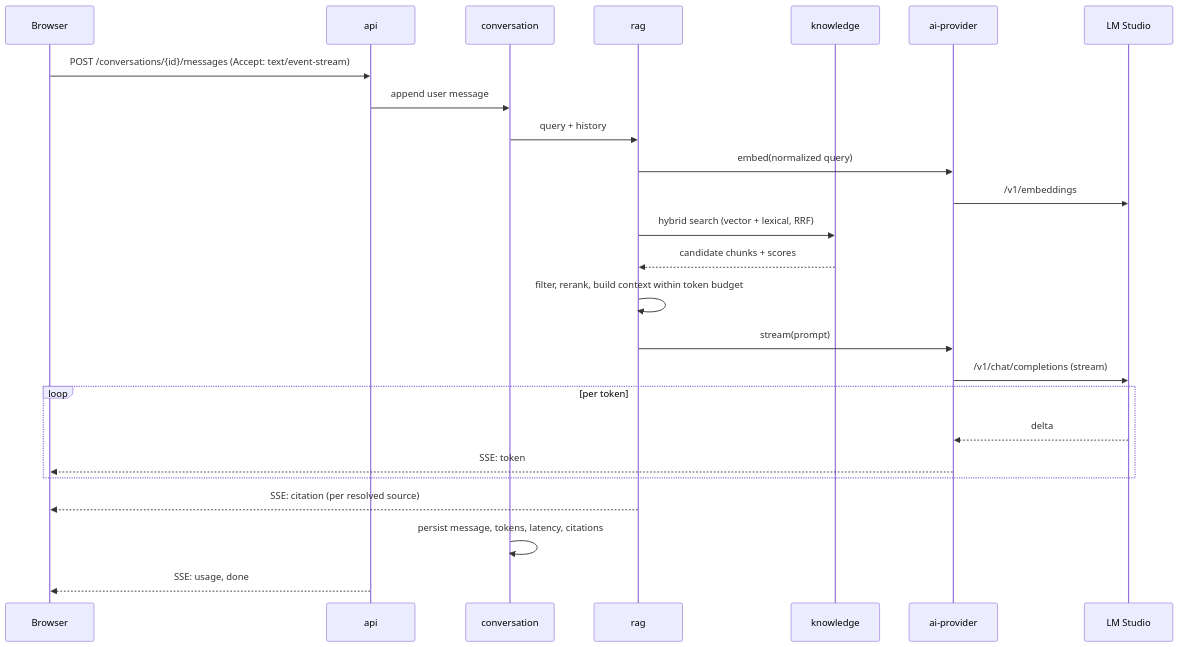
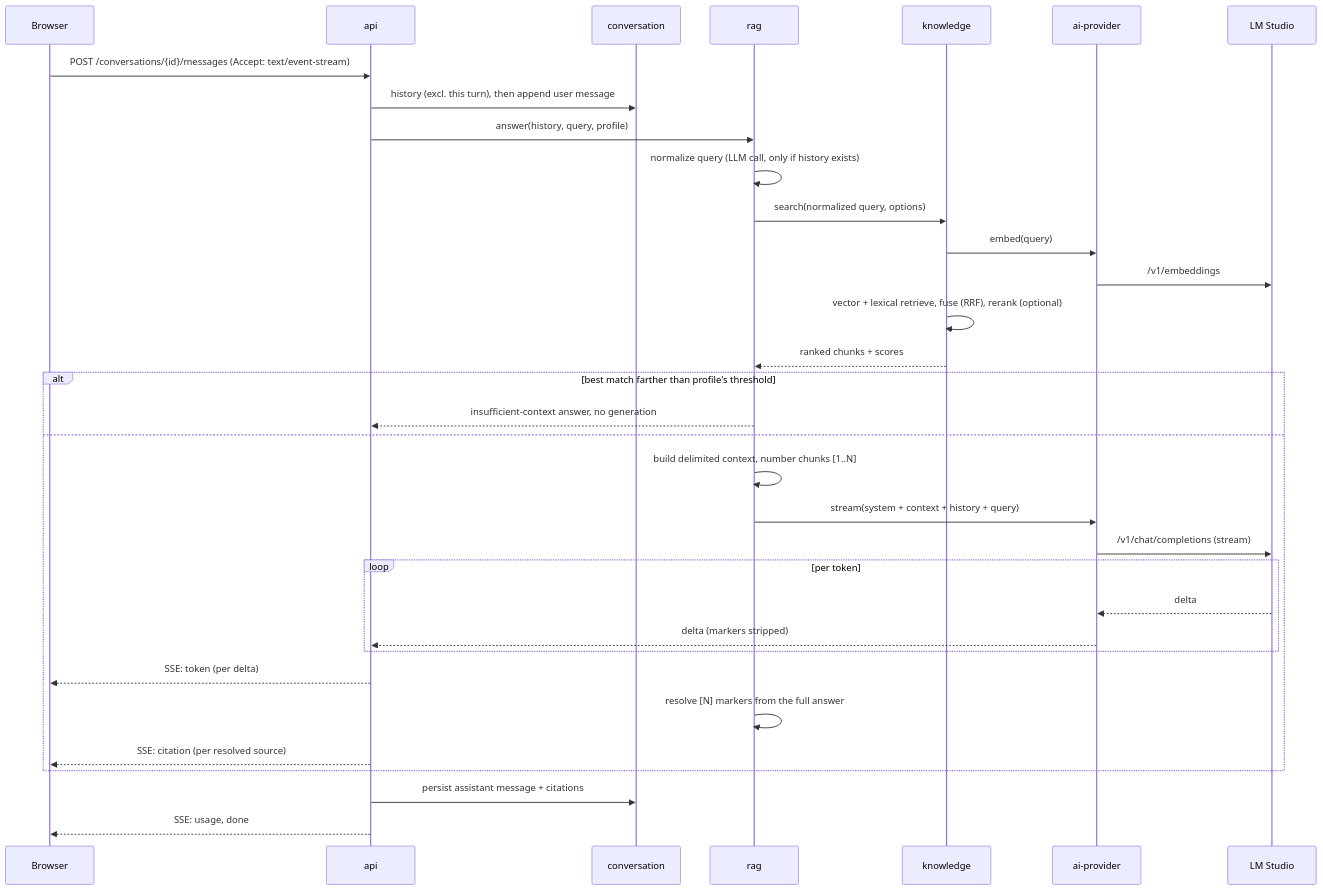
One commit to Fragudev/ai-engineering-lab changed the second of 3 diagrams in docs/architecture.md. Above: the diagram before and after it, drawn with Mermaid. The commit also changed other lines of this file and 53 other files, not shown here.

````diff
--- a/docs/architecture.md
+++ b/docs/architecture.md
@@ -392,28 +412,36 @@
 ```mermaid
 sequenceDiagram
     participant U as Browser
     participant A as api
     participant C as conversation
     participant R as rag
     participant K as knowledge
     participant P as ai-provider
     participant L as LM Studio
 
     U->>A: POST /conversations/{id}/messages (Accept: text/event-stream)
-    A->>C: append user message
-    C->>R: query + history
-    R->>P: embed(normalized query)
+    A->>C: history (excl. this turn), then append user message
+    A->>R: answer(history, query, profile)
+    R->>R: normalize query (LLM call, only if history exists)
+    R->>K: search(normalized query, options)
+    K->>P: embed(query)
     P->>L: /v1/embeddings
-    R->>K: hybrid search (vector + lexical, RRF)
-    K-->>R: candidate chunks + scores
-    R->>R: filter, rerank, build context within token budget
-    R->>P: stream(prompt)
-    P->>L: /v1/chat/completions (stream)
-    loop per token
-        L-->>P: delta
-        P-->>U: SSE: token
+    K->>K: vector + lexical retrieve, fuse (RRF), rerank (optional)
+    K-->>R: ranked chunks + scores
+    alt best match farther than profile's threshold
+        R-->>A: insufficient-context answer, no generation
+    else
+        R->>R: build delimited context, number chunks [1..N]
+        R->>P: stream(system + context + history + query)
+        P->>L: /v1/chat/completions (stream)
+        loop per token
+            L-->>P: delta
+            P-->>A: delta (markers stripped)
+        end
+        A-->>U: SSE: token (per delta)
+        R->>R: resolve [N] markers from the full answer
+        A-->>U: SSE: citation (per resolved source)
     end
-    R-->>U: SSE: citation (per resolved source)
-    C->>C: persist message, tokens, latency, citations
+    A->>C: persist assistant message + citations
     A-->>U: SSE: usage, done
 ```
````
